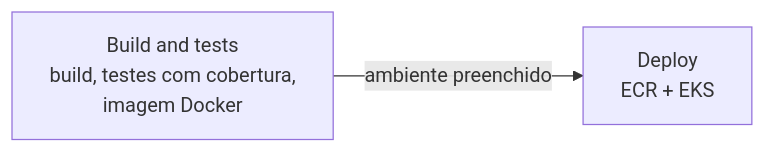
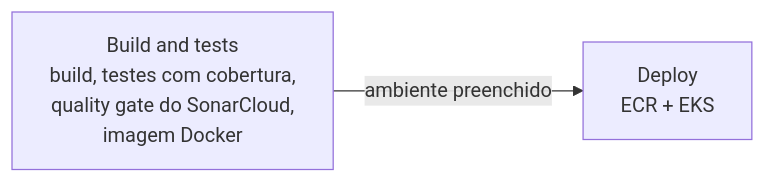
Before and after one commit to tech-challenge-grupo-160/tech-challenge-pipelines: the diagram in README.md, drawn with Mermaid. The commit also changed other lines of this file and 2 other files, not shown here.

First line of the commit message:
feat: analise e quality gate do SonarCloud no job de CI

````diff
--- a/README.md
+++ b/README.md
@@ -13,4 +13,4 @@
 ```mermaid
 flowchart LR
-    ci["Build and tests<br/>build, testes com cobertura,<br/>imagem Docker"] -->|ambiente preenchido| deploy["Deploy<br/>ECR + EKS"]
+    ci["Build and tests<br/>build, testes com cobertura,<br/>quality gate do SonarCloud,<br/>imagem Docker"] -->|ambiente preenchido| deploy["Deploy<br/>ECR + EKS"]
 ```
````
